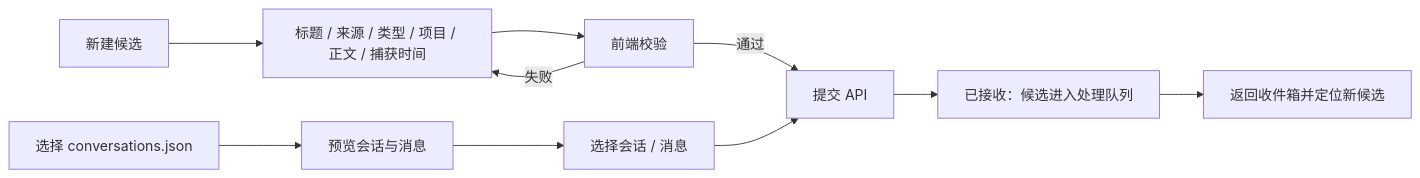
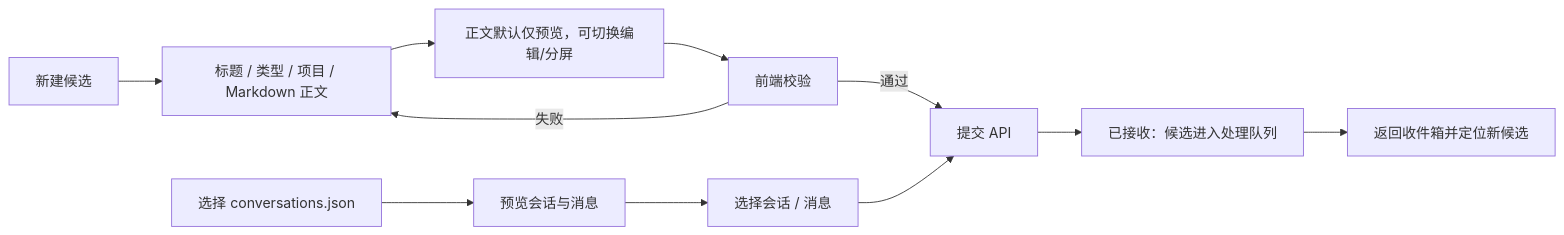
The fifth of 8 diagrams in docs/12-frontend-interaction-design.md (hiblacker/memory-hub), drawn with Mermaid before and after one commit. The commit also changed other lines of this file and 6 other files, not shown here.

First line of the commit message:
docs: lock markdown formatting and dual-style preview decisions

````diff
--- a/docs/12-frontend-interaction-design.md
+++ b/docs/12-frontend-interaction-design.md
@@ -126,12 +135,13 @@
 ```mermaid
 flowchart LR
-    START["新建候选"] --> FORM["标题 / 来源 / 类型 / 项目 / 正文 / 捕获时间"]
-    FORM --> VALIDATE["前端校验"]
+    START["新建候选"] --> FORM["标题 / 类型 / 项目 / Markdown 正文"]
+    FORM --> PREVIEW_MODE["正文默认仅预览，可切换编辑/分屏"]
+    PREVIEW_MODE --> VALIDATE["前端校验"]
     VALIDATE -->|通过| SUBMIT["提交 API"]
     VALIDATE -->|失败| FORM
     SUBMIT --> ACCEPTED["已接收：候选进入处理队列"]
     ACCEPTED --> INBOX["返回收件箱并定位新候选"]
     IMPORT["选择 conversations.json"] --> PREVIEW["预览会话与消息"]
     PREVIEW --> SELECT["选择会话 / 消息"]
     SELECT --> SUBMIT
 ```
````
